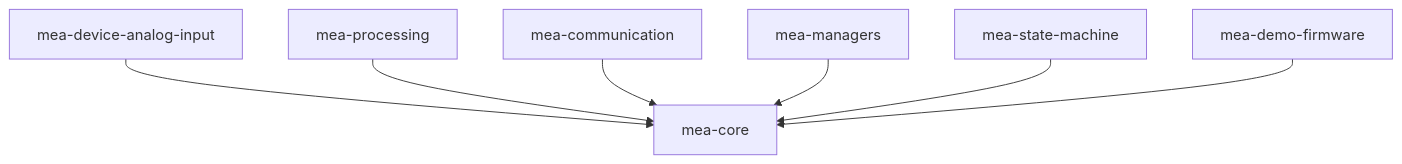
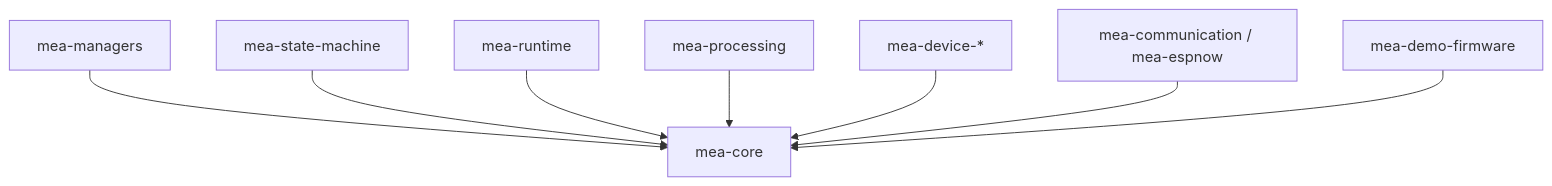
One commit to MROutake/MEA- changed the first of 2 diagrams in repositories/mea-core/README.md. Above: the diagram before and after it, drawn with Mermaid. The commit also changed other lines of this file and 86 other files, not shown here.

Commit message:
docs: align workspace with modular target architecture

````diff
--- a/repositories/mea-core/README.md
+++ b/repositories/mea-core/README.md
@@ -18,17 +11,19 @@
 ```mermaid
 flowchart TD
     Core[mea-core]
-    Device[mea-device-analog-input]
-    Processing[mea-processing]
-    Communication[mea-communication]
     Managers[mea-managers]
     State[mea-state-machine]
+    Runtime[mea-runtime]
+    Processing[mea-processing]
+    Devices[mea-device-*]
+    Communication[mea-communication / mea-espnow]
     Demo[mea-demo-firmware]
 
-    Device --> Core
-    Processing --> Core
-    Communication --> Core
     Managers --> Core
     State --> Core
+    Runtime --> Core
+    Processing --> Core
+    Devices --> Core
+    Communication --> Core
     Demo --> Core
 ```
````
